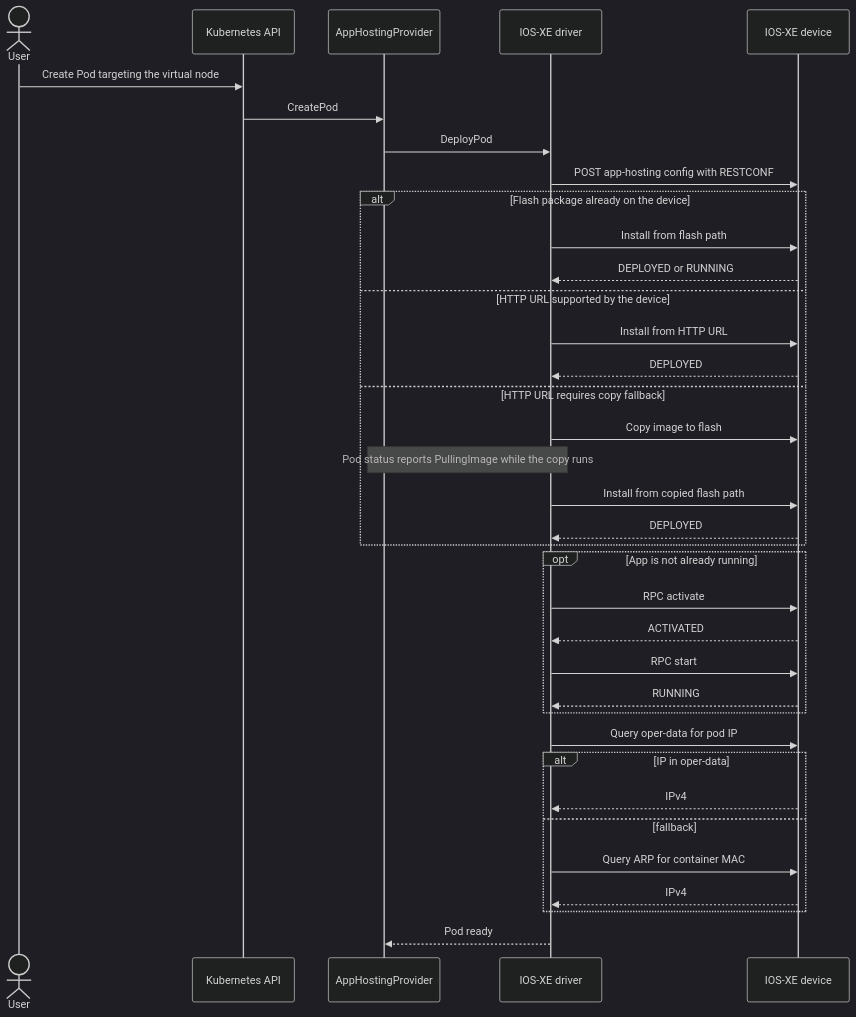
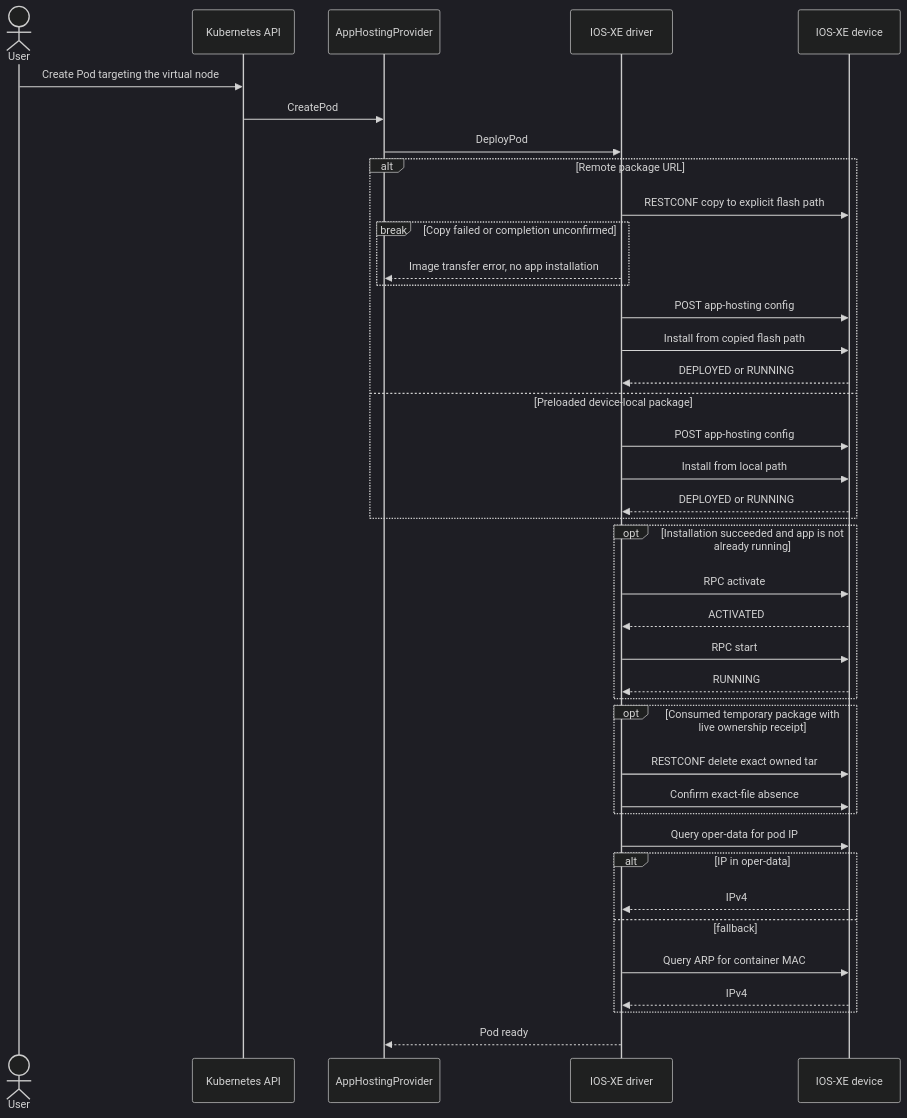
Before and after one commit to cisco-open/cisco-virtual-kubelet: the third of 4 diagrams in docs/ARCHITECTURE.md, drawn with Mermaid (dark theme). The commit also changed other lines of this file and 2181 other files, not shown here.

````diff
--- a/docs/ARCHITECTURE.md
+++ b/docs/ARCHITECTURE.md
@@ -311,42 +311,46 @@
 ```mermaid
 sequenceDiagram
     actor User
     participant API as Kubernetes API
     participant VK as AppHostingProvider
     participant Drv as IOS-XE driver
     participant Dev as IOS-XE device
 
     User->>API: Create Pod targeting the virtual node
     API->>VK: CreatePod
     VK->>Drv: DeployPod
-    Drv->>Dev: POST app-hosting config with RESTCONF
-
-    alt Flash package already on the device
-        Drv->>Dev: Install from flash path
+    alt Remote package URL
+        Drv->>Dev: RESTCONF copy to explicit flash path
+        break Copy failed or completion unconfirmed
+            Drv-->>VK: Image transfer error, no app installation
+        end
+        Drv->>Dev: POST app-hosting config
+        Drv->>Dev: Install from copied flash path
         Dev-->>Drv: DEPLOYED or RUNNING
-    else HTTP URL supported by the device
-        Drv->>Dev: Install from HTTP URL
-        Dev-->>Drv: DEPLOYED
-    else HTTP URL requires copy fallback
-        Drv->>Dev: Copy image to flash
-        Note over VK,Drv: Pod status reports PullingImage while the copy runs
-        Drv->>Dev: Install from copied flash path
-        Dev-->>Drv: DEPLOYED
+    else Preloaded device-local package
+        Drv->>Dev: POST app-hosting config
+        Drv->>Dev: Install from local path
+        Dev-->>Drv: DEPLOYED or RUNNING
     end
 
-    opt App is not already running
+    opt Installation succeeded and app is not already running
         Drv->>Dev: RPC activate
         Dev-->>Drv: ACTIVATED
         Drv->>Dev: RPC start
         Dev-->>Drv: RUNNING
+    end
+
+    opt Consumed temporary package with live ownership receipt
+        Drv->>Dev: RESTCONF delete exact owned tar
+        Drv->>Dev: Confirm exact-file absence
     end
 
     Drv->>Dev: Query oper-data for pod IP
     alt IP in oper-data
         Dev-->>Drv: IPv4
     else fallback
         Drv->>Dev: Query ARP for container MAC
         Dev-->>Drv: IPv4
     end
     Drv-->>VK: Pod ready
 ```
````
